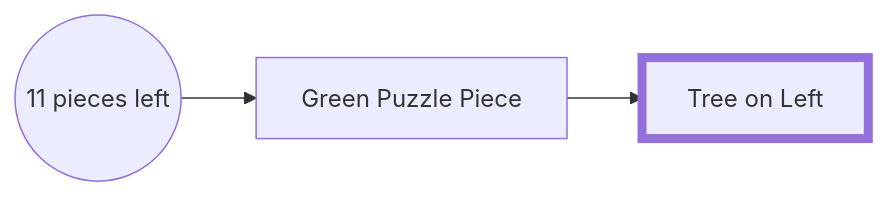
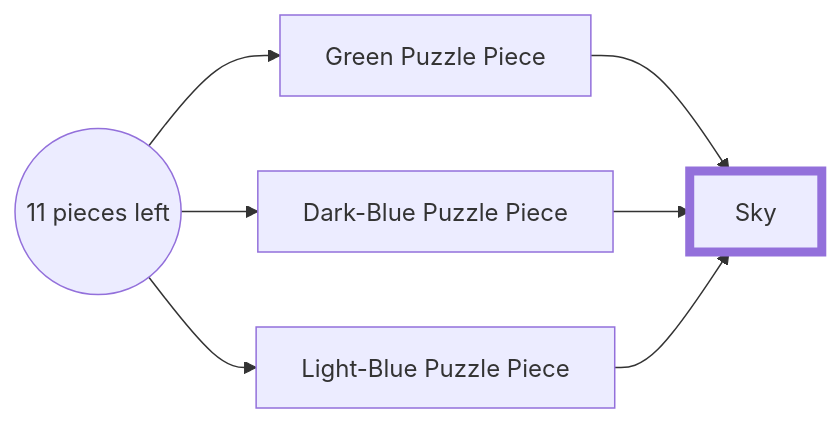
One commit to 198thread/lineup changed the second of 3 diagrams in README.md. Above: the diagram before and after it, drawn with Mermaid.

Commit message:
Update README.md
added more references to mermaid diagram

````diff
--- a/README.md
+++ b/README.md
@@ -14,6 +14,10 @@
 ```mermaid
 graph LR;
     style E stroke-width:6px
     A((   11 pieces left    )) --> B[Green Puzzle Piece]
     B --> E["Tree on Left"]
+    A --> C[Dark-Blue Puzzle Piece]
+    C --> E["Sea"]
+    A --> D[Light-Blue Puzzle Piece]
+    D --> E["Sky"]
 ```
````
